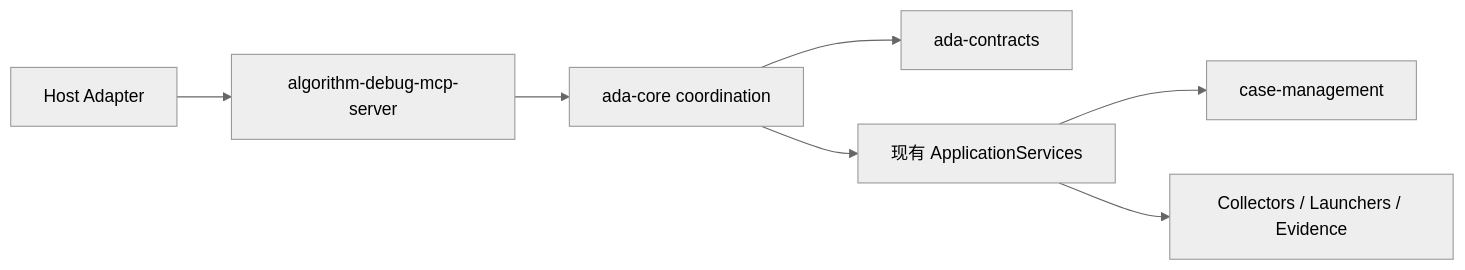
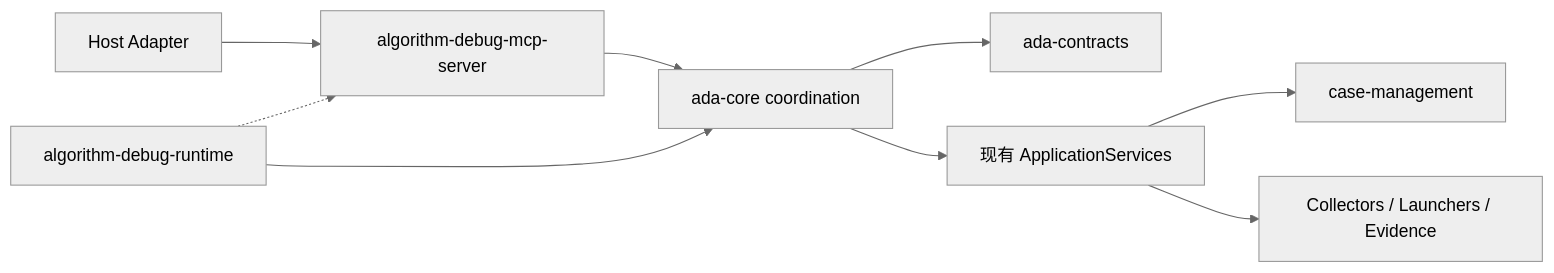
One commit to mh90901119-oss/algorithm-debug-agent changed the diagram in docs/audits/2026-09-25-portable-mcp-subagent-design-audit.md. Above: the diagram before and after it, drawn with Mermaid (neutral theme). The commit also changed other lines of this file and 3 other files, not shown here.

````diff
--- a/docs/audits/2026-09-25-portable-mcp-subagent-design-audit.md
+++ b/docs/audits/2026-09-25-portable-mcp-subagent-design-audit.md
@@ -49,9 +49,11 @@
 ```mermaid
 flowchart LR
     HOST["Host Adapter"] --> MCP["algorithm-debug-mcp-server"]
+    RUNTIME["algorithm-debug-runtime"] -.-> MCP
     MCP --> CORE["ada-core coordination"]
+    RUNTIME --> CORE
     CORE --> CONTRACTS["ada-contracts"]
     CORE --> SERVICES["现有 ApplicationServices"]
     SERVICES --> CASE["case-management"]
     SERVICES --> COLLECTORS["Collectors / Launchers / Evidence"]
 ```
````
